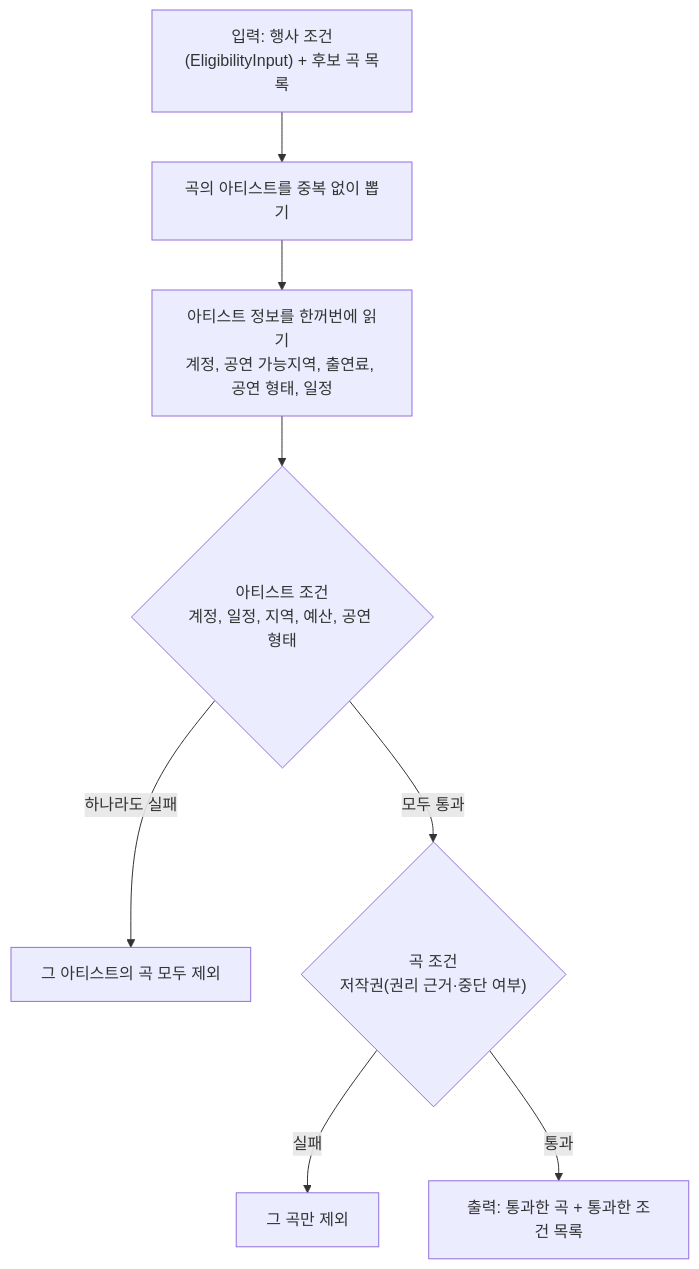
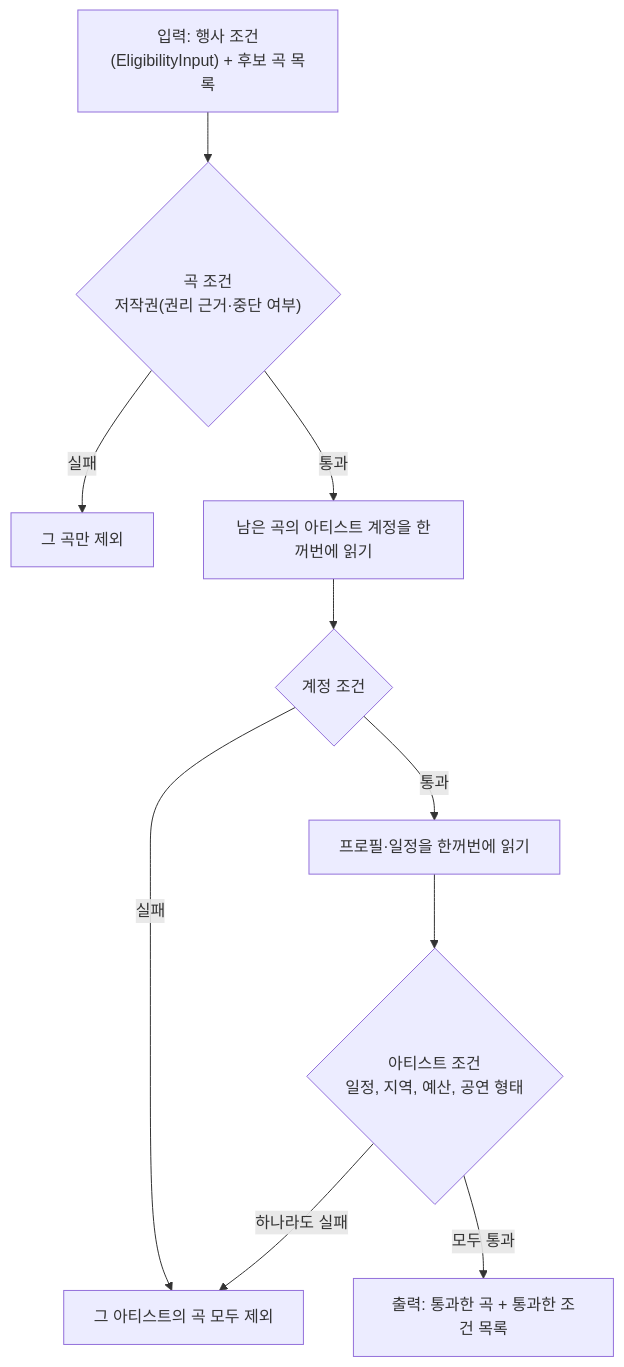
Before and after one commit to nsuCapstoneTeam/NSU_CAPSTONE: the diagram in docs/adr/recommendation_eligibility/00_eligibility_rules.md, drawn with Mermaid. The commit also changed other lines of this file and 2 other files, not shown here.

Commit message:
fix: 일정 지표 라벨과 Eligibility ADR 전제 정리
적대적 리뷰 반복 1라운드 지적을 반영했다. 판정 결과는 바뀌지 않는다.

- 행사 시간대에 일정이 없는 아티스트(키 없음·빈 목록)를 SCHEDULE로
  센다. 창구는 겹치는 일정만 돌려주므로 이 경우는 실제로 공연할 수
  없는 날이다. SCHEDULE_MISSING은 창구가 null 값이나 값이 빠진 슬롯을
  준 계약 위반에만 쓴다. 이 뜻에 맞춰 기존 테스트 2개의 기대값을 고쳤다
- 지표가 창구 고장을 구분한다는 주석·ADR 문구를 사실대로 고쳤다
- ADR 흐름도를 코드 판정 순서(저작권 → 계정 → 아티스트 조건)에 맞추고
  지표가 처음 실패한 조건 하나로만 센다는 규칙을 적었다
- ADR 전제 추가: NSU-89 업로드는 VERIFIED_ARTIST를 검사(RIGHTS-023·024,
  PR #186 선행), NSU-63 IN 목록 패딩·배열 바인딩, NSU-122는 평가하지
  않은 조건을 통과로 표시하지 않음

Review-Fix: 2f47f582eb154f8b90fb3fd2b33ff98c4fd6013e
Refs: #52
Refs: NSU-48

````diff
--- a/docs/adr/recommendation_eligibility/00_eligibility_rules.md
+++ b/docs/adr/recommendation_eligibility/00_eligibility_rules.md
@@ -33,10 +33,12 @@
 ```mermaid
 flowchart TD
-    IN["입력: 행사 조건(EligibilityInput) + 후보 곡 목록"] --> ART["곡의 아티스트를 중복 없이 뽑기"]
-    ART --> READ["아티스트 정보를 한꺼번에 읽기<br/>계정, 공연 가능지역, 출연료, 공연 형태, 일정"]
-    READ --> AC{"아티스트 조건<br/>계정, 일정, 지역, 예산, 공연 형태"}
-    AC -- "하나라도 실패" --> OUT1["그 아티스트의 곡 모두 제외"]
-    AC -- "모두 통과" --> SC{"곡 조건<br/>저작권(권리 근거·중단 여부)"}
+    IN["입력: 행사 조건(EligibilityInput) + 후보 곡 목록"] --> SC{"곡 조건<br/>저작권(권리 근거·중단 여부)"}
     SC -- "실패" --> OUT2["그 곡만 제외"]
-    SC -- "통과" --> RES["출력: 통과한 곡 + 통과한 조건 목록"]
+    SC -- "통과" --> ACC["남은 곡의 아티스트 계정을 한꺼번에 읽기"]
+    ACC --> AC1{"계정 조건"}
+    AC1 -- "실패" --> OUT1["그 아티스트의 곡 모두 제외"]
+    AC1 -- "통과" --> READ["프로필·일정을 한꺼번에 읽기"]
+    READ --> AC2{"아티스트 조건<br/>일정, 지역, 예산, 공연 형태"}
+    AC2 -- "하나라도 실패" --> OUT1
+    AC2 -- "모두 통과" --> RES["출력: 통과한 곡 + 통과한 조건 목록"]
 ```
````
